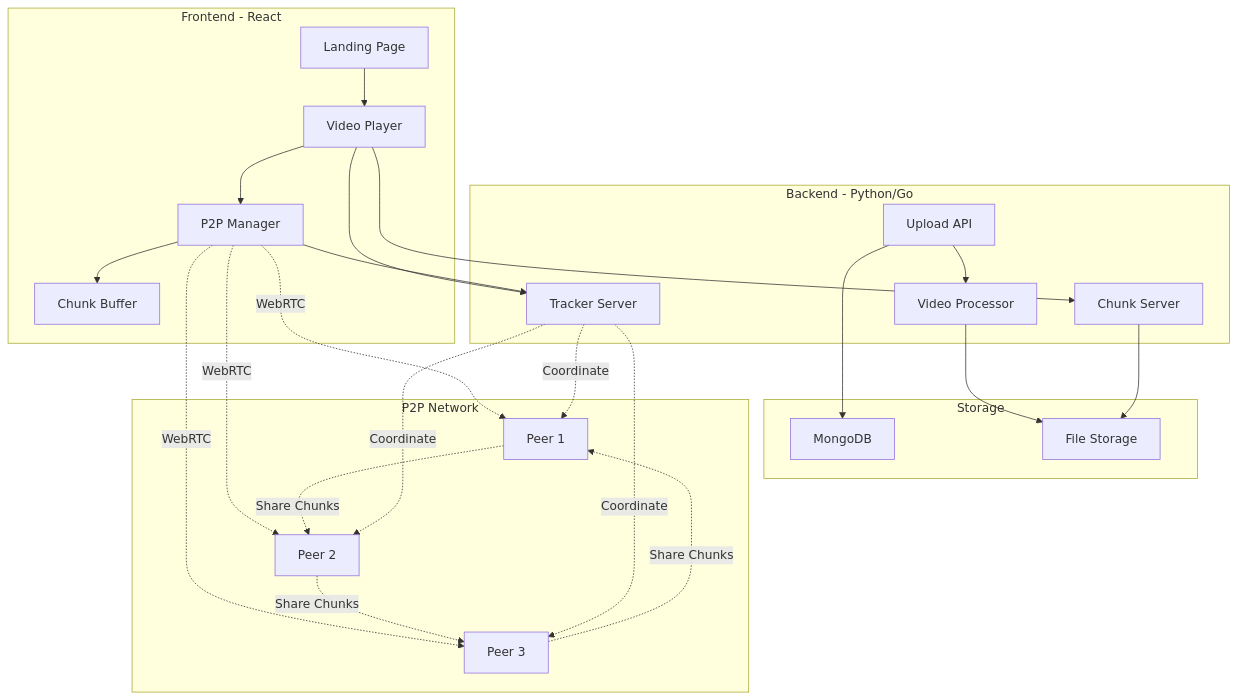
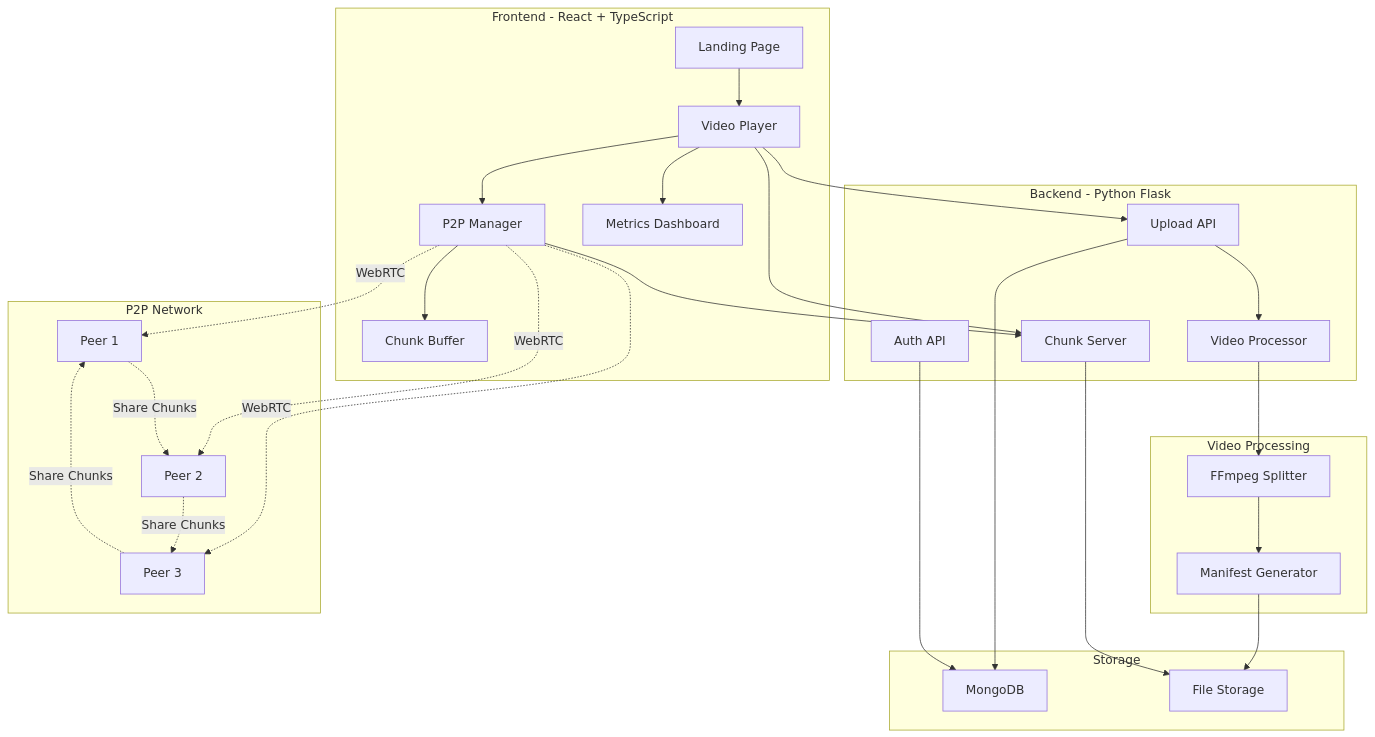
The diagram in README.md (arjitrawat15/StreamSwam), drawn with Mermaid before and after one commit. The commit also changed other lines of this file, not shown here.

````diff
--- a/README.md
+++ b/README.md
@@ -155,52 +194,59 @@
 ```mermaid
 graph TB
-    subgraph "Frontend - React"
+    subgraph "Frontend - React + TypeScript"
         A[Landing Page]
         B[Video Player]
         C[P2P Manager]
         D[Chunk Buffer]
+        E[Metrics Dashboard]
     end
     
-    subgraph "Backend - Python/Go"
-        E[Upload API]
-        F[Chunk Server]
-        G[Tracker Server]
+    subgraph "Backend - Python Flask"
+        F[Upload API]
+        G[Chunk Server]
         H[Video Processor]
+        I[Auth API]
     end
     
     subgraph "Storage"
-        I[MongoDB]
-        J[File Storage]
+        J[MongoDB]
+        K[File Storage]
+    end
+    
+    subgraph "Video Processing"
+        L[FFmpeg Splitter]
+        M[Manifest Generator]
     end
     
     subgraph "P2P Network"
-        K[Peer 1]
-        L[Peer 2]
-        M[Peer 3]
+        N[Peer 1]
+        O[Peer 2]
+        P[Peer 3]
     end
     
     A --> B
     B --> C
     C --> D
+    B --> E
     
     B --> F
     B --> G
     C --> G
     
-    E --> H
-    H --> J
-    E --> I
+    F --> H
+    H --> L
+    L --> M
+    M --> K
     F --> J
+    G --> K
     
-    C -.WebRTC.-> K
-    C -.WebRTC.-> L
-    C -.WebRTC.-> M
+    C -.WebRTC.-> N
+    C -.WebRTC.-> O
+    C -.WebRTC.-> P
     
-    K -.Share Chunks.-> L
-    L -.Share Chunks.-> M
-    M -.Share Chunks.-> K
+    N -.Share Chunks.-> O
+    O -.Share Chunks.-> P
+    P -.Share Chunks.-> N
     
-    G -.Coordinate.-> K
-    G -.Coordinate.-> L
-    G -.Coordinate.-> M
+    I --> J
 ```
````
